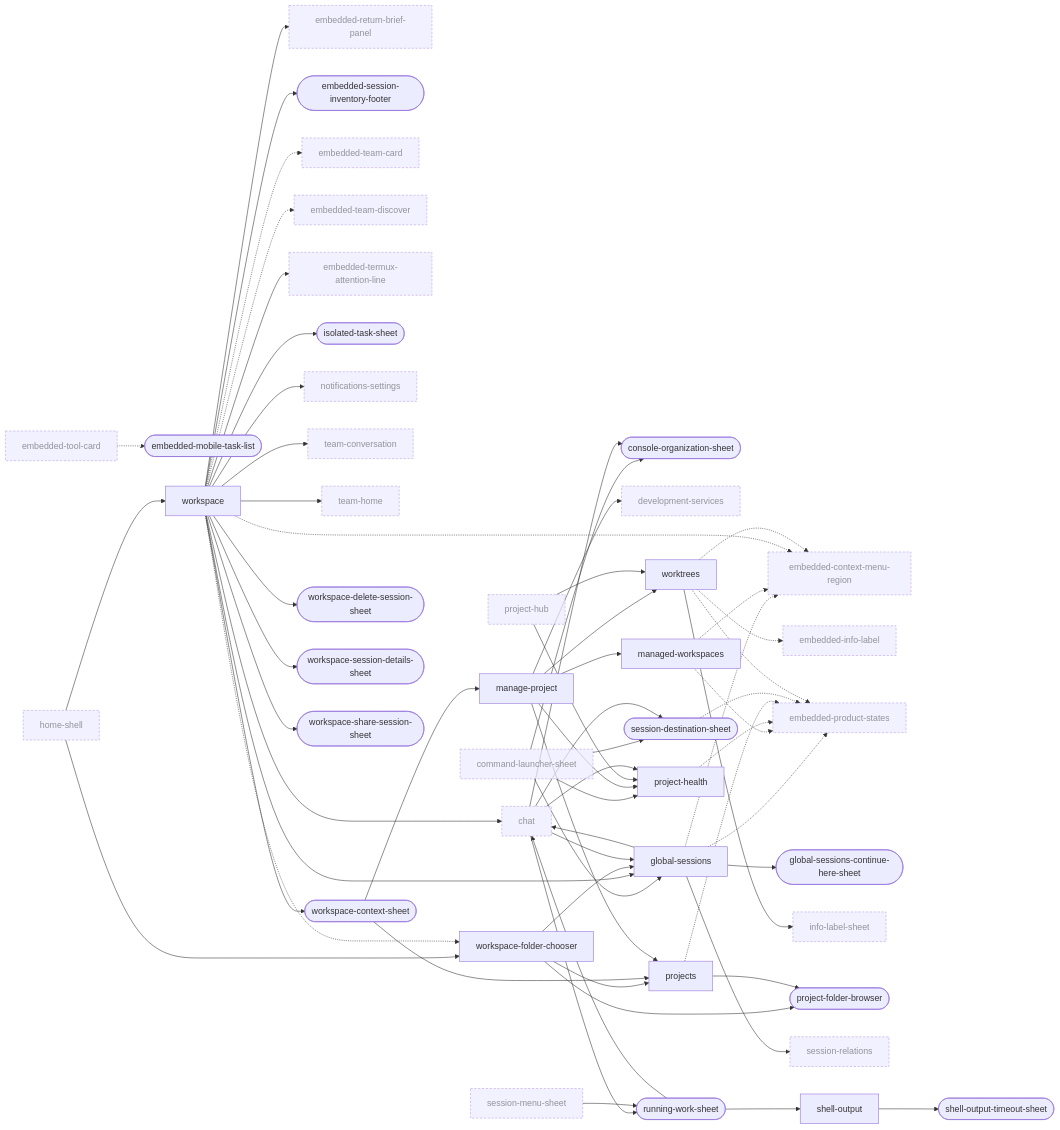
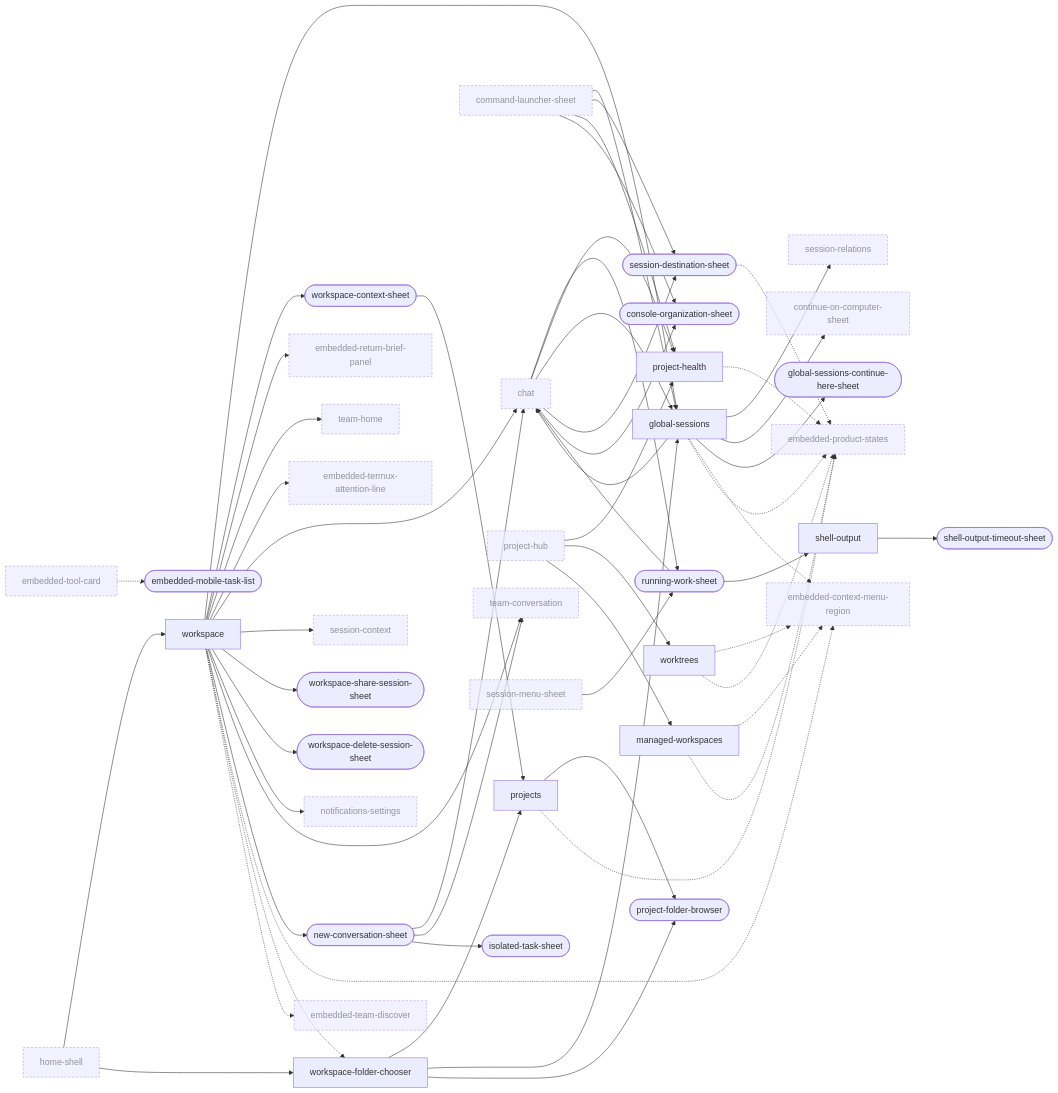
The third of 10 diagrams in docs/design/ui-ledger/navigation.md (Breskott/opencode-mobile-next), drawn with Mermaid before and after one commit. The commit also changed other lines of this file and 54 other files, not shown here.

First line of the commit message:
feat(chat): One model sheet; thinking and agent in its footer; context capsule gone (P3.3) [skip ci]

````diff
--- a/docs/design/ui-ledger/navigation.md
+++ b/docs/design/ui-ledger/navigation.md
@@ -476,30 +475,27 @@
   chat["chat"]:::ext
   command_launcher_sheet["command-launcher-sheet"]:::ext
   console_organization_sheet(["console-organization-sheet"])
-  development_services["development-services"]:::ext
+  continue_on_computer_sheet["continue-on-computer-sheet"]:::ext
   embedded_context_menu_region["embedded-context-menu-region"]:::ext
-  embedded_info_label["embedded-info-label"]:::ext
   embedded_mobile_task_list(["embedded-mobile-task-list"])
   embedded_product_states["embedded-product-states"]:::ext
   embedded_return_brief_panel["embedded-return-brief-panel"]:::ext
-  embedded_session_inventory_footer(["embedded-session-inventory-footer"])
-  embedded_team_card["embedded-team-card"]:::ext
   embedded_team_discover["embedded-team-discover"]:::ext
   embedded_termux_attention_line["embedded-termux-attention-line"]:::ext
   embedded_tool_card["embedded-tool-card"]:::ext
   global_sessions["global-sessions"]
   global_sessions_continue_here_sheet(["global-sessions-continue-here-sheet"])
   home_shell["home-shell"]:::ext
-  info_label_sheet["info-label-sheet"]:::ext
   isolated_task_sheet(["isolated-task-sheet"])
-  manage_project["manage-project"]
   managed_workspaces["managed-workspaces"]
+  new_conversation_sheet(["new-conversation-sheet"])
   notifications_settings["notifications-settings"]:::ext
   project_folder_browser(["project-folder-browser"])
   project_health["project-health"]
   project_hub["project-hub"]:::ext
   projects["projects"]
   running_work_sheet(["running-work-sheet"])
+  session_context["session-context"]:::ext
   session_destination_sheet(["session-destination-sheet"])
   session_menu_sheet["session-menu-sheet"]:::ext
   session_relations["session-relations"]:::ext
@@ -511,7 +507,6 @@
   workspace_context_sheet(["workspace-context-sheet"])
   workspace_delete_session_sheet(["workspace-delete-session-sheet"])
   workspace_folder_chooser["workspace-folder-chooser"]
-  workspace_session_details_sheet(["workspace-session-details-sheet"])
   workspace_share_session_sheet(["workspace-share-session-sheet"])
   worktrees["worktrees"]
   home_shell --> workspace
@@ -527,31 +522,28 @@
   workspace --> team_home
   workspace --> embedded_termux_attention_line
   workspace --> chat
-  workspace --> workspace_session_details_sheet
+  workspace --> session_context
   workspace --> workspace_share_session_sheet
   workspace --> workspace_delete_session_sheet
   workspace --> notifications_settings
-  workspace --> isolated_task_sheet
-  workspace --> embedded_session_inventory_footer
   workspace --> team_conversation
+  workspace --> new_conversation_sheet
   workspace_folder_chooser --> projects
   workspace_folder_chooser --> global_sessions
   workspace_context_sheet --> projects
-  workspace_context_sheet --> manage_project
-  manage_project --> development_services
-  manage_project --> projects
-  manage_project --> worktrees
-  manage_project --> managed_workspaces
-  manage_project --> project_health
-  worktrees --> info_label_sheet
   global_sessions --> chat
   global_sessions --> session_relations
+  global_sessions --> continue_on_computer_sheet
   global_sessions --> global_sessions_continue_here_sheet
   running_work_sheet --> chat
   running_work_sheet --> shell_output
   shell_output --> shell_output_timeout_sheet
+  new_conversation_sheet --> chat
+  new_conversation_sheet --> team_conversation
+  new_conversation_sheet --> isolated_task_sheet
   project_hub --> project_health
   project_hub --> worktrees
+  project_hub --> managed_workspaces
   home_shell --> workspace_folder_chooser
   workspace_folder_chooser --> project_folder_browser
   projects --> project_folder_browser
@@ -571,8 +563,6 @@
   chat --> session_destination_sheet
   chat --> console_organization_sheet
   embedded_tool_card -.-> embedded_mobile_task_list
-  workspace -.-> embedded_team_card
   workspace -.-> embedded_team_discover
-  worktrees -.-> embedded_info_label
   classDef ext stroke-dasharray: 4 3,opacity:0.7
 ```
````
